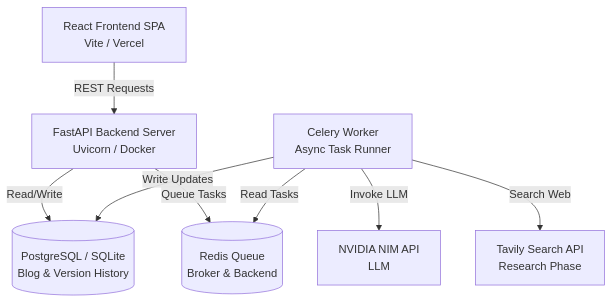
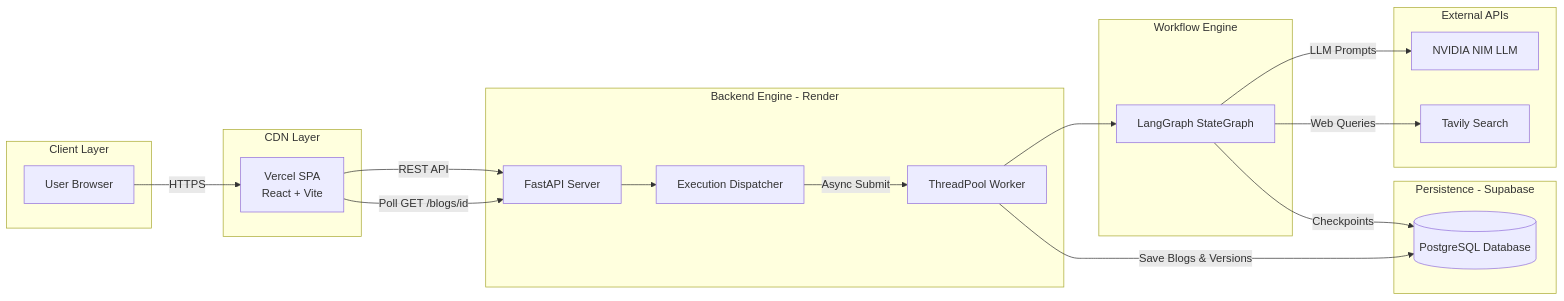
Before and after one commit to shubhamupadhyay12/QuillOps: the second of 6 diagrams in README.md, drawn with Mermaid. The commit also changed other lines of this file, not shown here.

````diff
--- a/README.md
+++ b/README.md
@@ -11,18 +115,40 @@
 ```mermaid
-graph TD
-    Client[React Frontend SPA<br/>Vite / Vercel]
-    API[FastAPI Backend Server<br/>Uvicorn / Docker]
-    DB[(PostgreSQL / SQLite<br/>Blog & Version History)]
-    Redis[(Redis Queue<br/>Broker & Backend)]
-    Worker[Celery Worker<br/>Async Task Runner]
-    Tavily[Tavily Search API<br/>Research Phase]
-    NVIDIA[NVIDIA NIM API<br/> LLM]
+graph LR
+    subgraph Client Layer
+        U[User Browser]
+    end
 
-    Client -->|REST Requests| API
-    API -->|Read/Write| DB
-    API -->|Queue Tasks| Redis
-    Worker -->|Read Tasks| Redis
-    Worker -->|Invoke LLM| NVIDIA
-    Worker -->|Search Web| Tavily
-    Worker -->|Write Updates| DB
+    subgraph CDN Layer
+        V[Vercel SPA<br/>React + Vite]
+    end
+
+    subgraph Backend Engine - Render
+        F[FastAPI Server]
+        D[Execution Dispatcher]
+        W[ThreadPool Worker]
+    end
+
+    subgraph Workflow Engine
+        LG[LangGraph StateGraph]
+    end
+
+    subgraph Persistence - Supabase
+        DB[(PostgreSQL Database)]
+    end
+
+    subgraph External APIs
+        NV[NVIDIA NIM LLM]
+        TV[Tavily Search]
+    end
+
+    U -->|HTTPS| V
+    V -->|REST API| F
+    F --> D
+    D -->|Async Submit| W
+    W --> LG
+    LG -->|Checkpoints| DB
+    LG -->|LLM Prompts| NV
+    LG -->|Web Queries| TV
+    W -->|Save Blogs & Versions| DB
+    V -->|Poll GET /blogs/id| F
 ```
````
